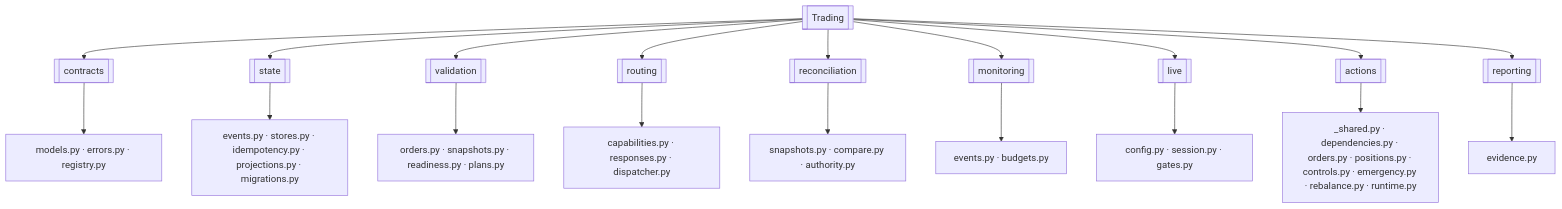
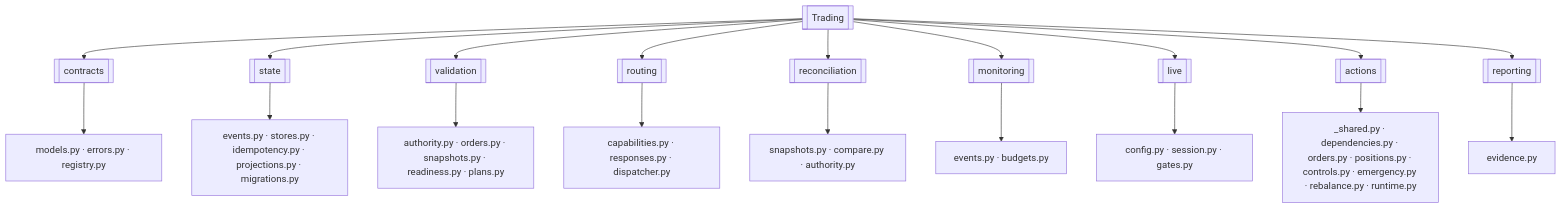
The first of 3 diagrams in app/services/trading/README.md (haruperi/HaruQuantAI), drawn with Mermaid before and after one commit. The commit also changed other lines of this file and 83 other files, not shown here.

````diff
--- a/app/services/trading/README.md
+++ b/app/services/trading/README.md
@@ -125,23 +126,23 @@
 ```mermaid
 flowchart TD
     TRD[[Trading]]
     TRD --> CON[[contracts]]
     TRD --> STA[[state]]
     TRD --> VAL[[validation]]
     TRD --> ROU[[routing]]
     TRD --> REC[[reconciliation]]
     TRD --> MON[[monitoring]]
     TRD --> LIV[[live]]
     TRD --> ACT[[actions]]
     TRD --> REP[[reporting]]
 
     CON --> CONFILES[models.py · errors.py · registry.py]
     STA --> STAFILES[events.py · stores.py · idempotency.py · projections.py · migrations.py]
-    VAL --> VALFILES[orders.py · snapshots.py · readiness.py · plans.py]
+    VAL --> VALFILES[authority.py · orders.py · snapshots.py · readiness.py · plans.py]
     ROU --> ROUFILES[capabilities.py · responses.py · dispatcher.py]
     REC --> RECFILES[snapshots.py · compare.py · authority.py]
     MON --> MONFILES[events.py · budgets.py]
     LIV --> LIVFILES[config.py · session.py · gates.py]
     ACT --> ACTFILES[_shared.py · dependencies.py · orders.py · positions.py · controls.py · emergency.py · rebalance.py · runtime.py]
     REP --> REPFILES[evidence.py]
 ```
````
